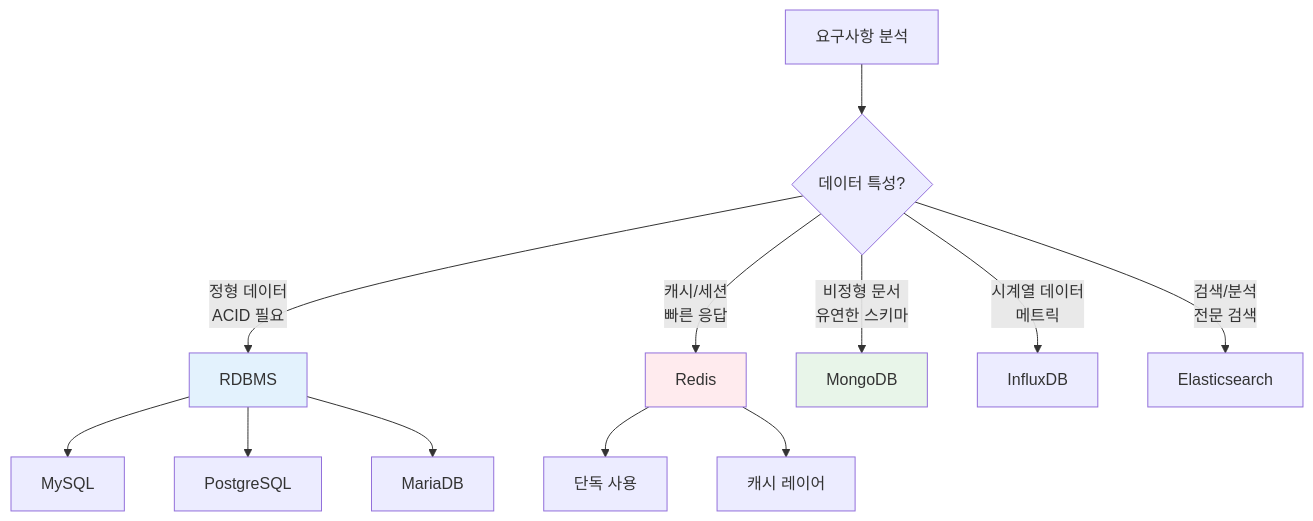
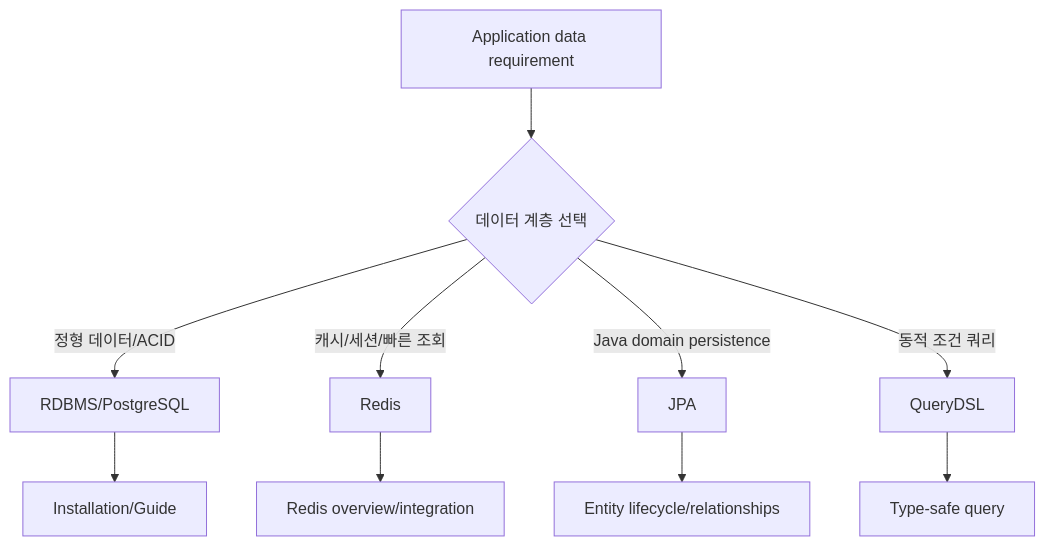
Before and after one commit to choisimo/document: the first of 2 diagrams in content/docs/databases/index.md, drawn with Mermaid. The commit also changed other lines of this file and 432 other files, not shown here.

````diff
--- a/content/docs/databases/index.md
+++ b/content/docs/databases/index.md
@@ -127,21 +86,12 @@
 ```mermaid
 flowchart TD
-    A[요구사항 분석] --> B{데이터 특성?}
-    
-    B -->|정형 데이터<br/>ACID 필요| C[RDBMS]
-    B -->|캐시/세션<br/>빠른 응답| D[Redis]
-    B -->|비정형 문서<br/>유연한 스키마| E[MongoDB]
-    B -->|시계열 데이터<br/>메트릭| F[InfluxDB]
-    B -->|검색/분석<br/>전문 검색| G[Elasticsearch]
-    
-    C --> C1[MySQL]
-    C --> C2[PostgreSQL]
-    C --> C3[MariaDB]
-    
-    D --> D1[단독 사용]
-    D --> D2[캐시 레이어]
-    
-    style C fill:#e3f2fd
-    style D fill:#ffebee
-    style E fill:#e8f5e9
+    A[Application data requirement] --> B{데이터 계층 선택}
+    B -->|정형 데이터/ACID| C[RDBMS/PostgreSQL]
+    B -->|캐시/세션/빠른 조회| D[Redis]
+    B -->|Java domain persistence| E[JPA]
+    B -->|동적 조건 쿼리| F[QueryDSL]
+    C --> G[Installation/Guide]
+    D --> H[Redis overview/integration]
+    E --> I[Entity lifecycle/relationships]
+    F --> J[Type-safe query]
 ```
````
